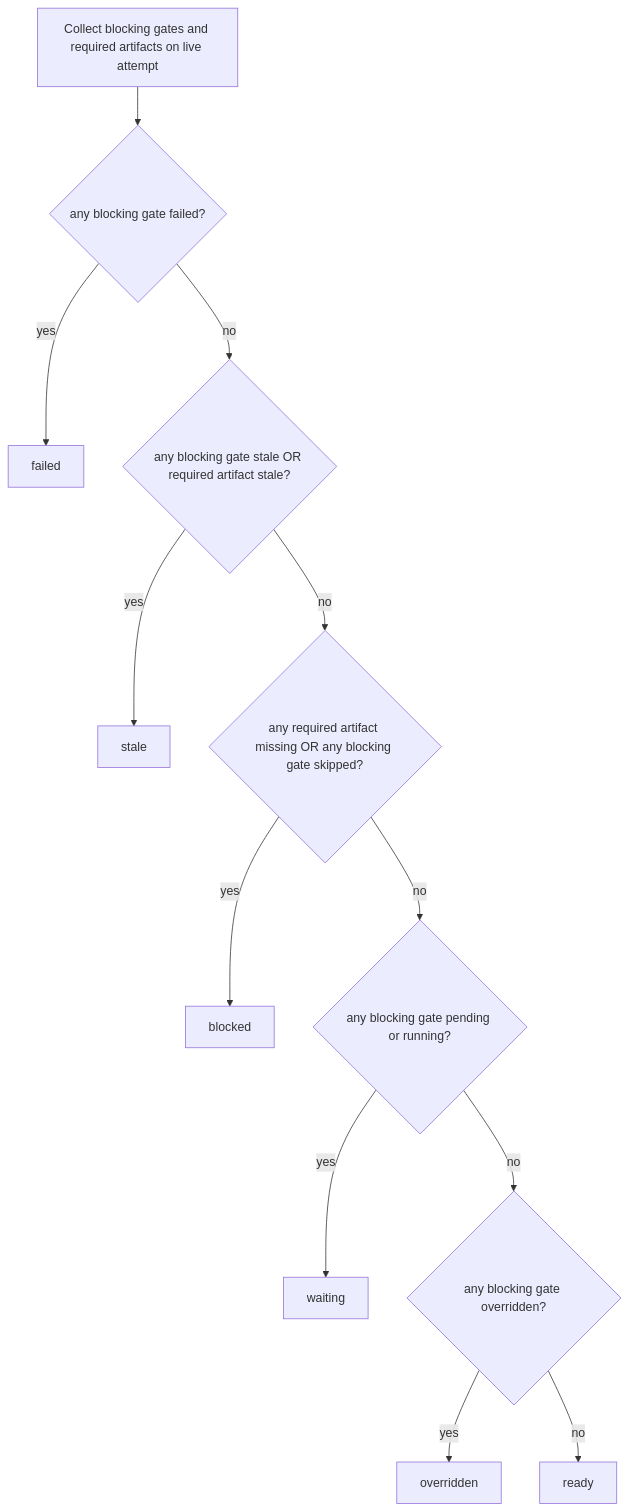
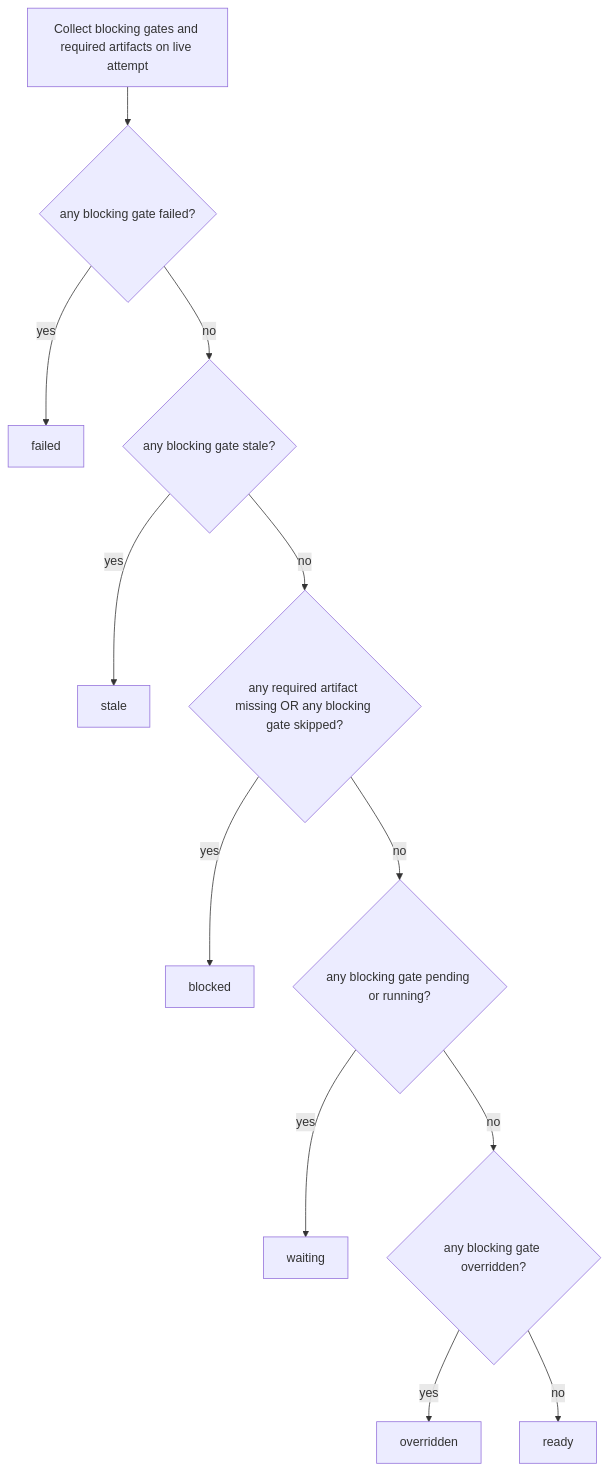
One commit to maister-dev/maister changed the second of 3 diagrams in docs/system-analytics/readiness.md. Above: the diagram before and after it, drawn with Mermaid. The commit also changed other lines of this file and 23 other files, not shown here.

````diff
--- a/docs/system-analytics/readiness.md
+++ b/docs/system-analytics/readiness.md
@@ -131,14 +146,14 @@
 ```mermaid
 flowchart TD
     S[Collect blocking gates and required artifacts on live attempt] --> A{any blocking gate failed?}
     A -->|yes| RF[failed]
-    A -->|no| B{any blocking gate stale OR required artifact stale?}
+    A -->|no| B{any blocking gate stale?}
     B -->|yes| RS[stale]
     B -->|no| C{any required artifact missing OR any blocking gate skipped?}
     C -->|yes| RB[blocked]
     C -->|no| D{any blocking gate pending or running?}
     D -->|yes| RW[waiting]
     D -->|no| E{any blocking gate overridden?}
     E -->|yes| RO[overridden]
     E -->|no| RR[ready]
 ```
````
